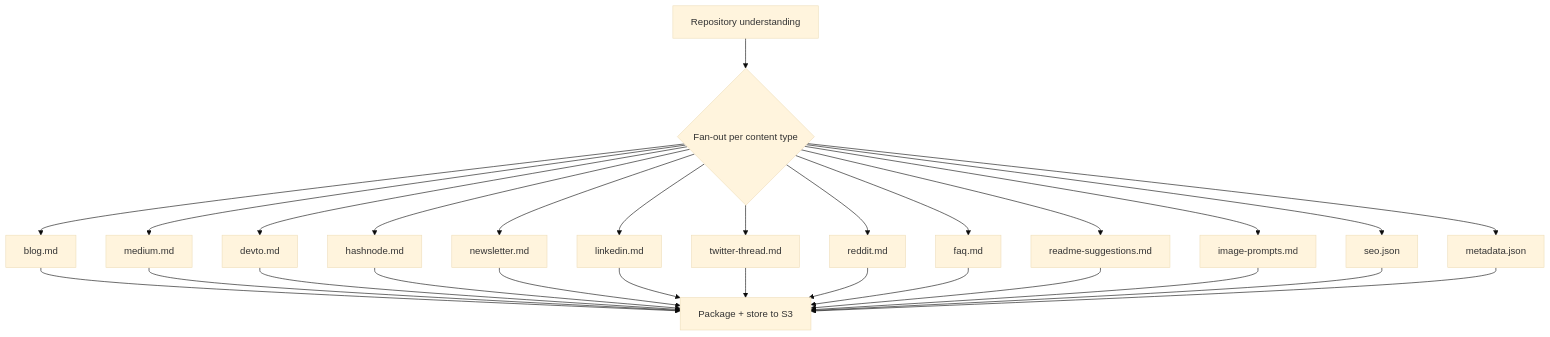
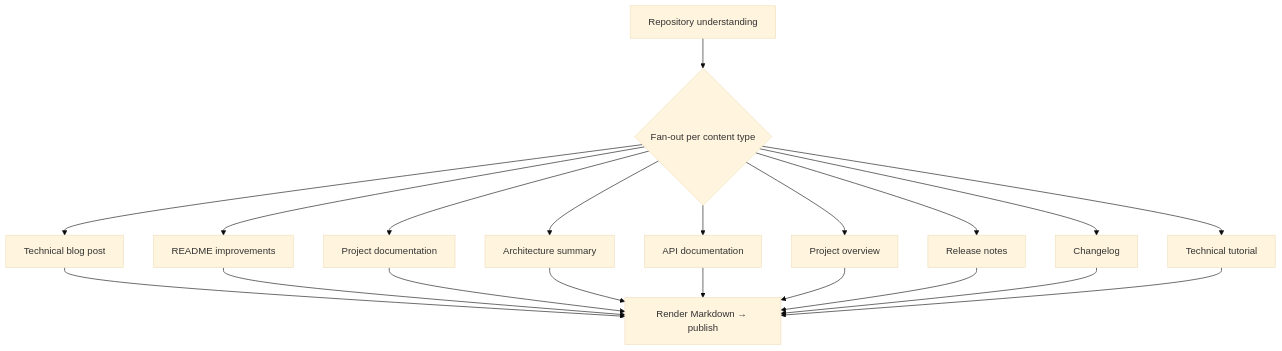
Before and after one commit to teddynted/ai-github-repository-blog-generator: the fifth of 7 diagrams in docs/architecture.md, drawn with Mermaid (base theme). The commit also changed other lines of this file and 12 other files, not shown here.

First line of the commit message:
docs: pivot to self-hosted OpenClaw + Ollama + EC2 Spot architecture

````diff
--- a/docs/architecture.md
+++ b/docs/architecture.md
@@ -134,18 +170,14 @@
 ```mermaid
 flowchart TB
     A[Repository understanding] --> P{Fan-out per content type}
-    P --> A1[blog.md]
-    P --> A2[medium.md]
-    P --> A3[devto.md]
-    P --> A4[hashnode.md]
-    P --> A5[newsletter.md]
-    P --> A6[linkedin.md]
-    P --> A7[twitter-thread.md]
-    P --> A8[reddit.md]
-    P --> A9[faq.md]
-    P --> A10[readme-suggestions.md]
-    P --> A11[image-prompts.md]
-    P --> A12[seo.json]
-    P --> A13[metadata.json]
-    A1 & A2 & A3 & A4 & A5 & A6 & A7 & A8 & A9 & A10 & A11 & A12 & A13 --> PKG[Package + store to S3]
+    P --> A1[Technical blog post]
+    P --> A2[README improvements]
+    P --> A3[Project documentation]
+    P --> A4[Architecture summary]
+    P --> A5[API documentation]
+    P --> A6[Project overview]
+    P --> A7[Release notes]
+    P --> A8[Changelog]
+    P --> A9[Technical tutorial]
+    A1 & A2 & A3 & A4 & A5 & A6 & A7 & A8 & A9 --> PKG[Render Markdown → publish]
 ```
````
